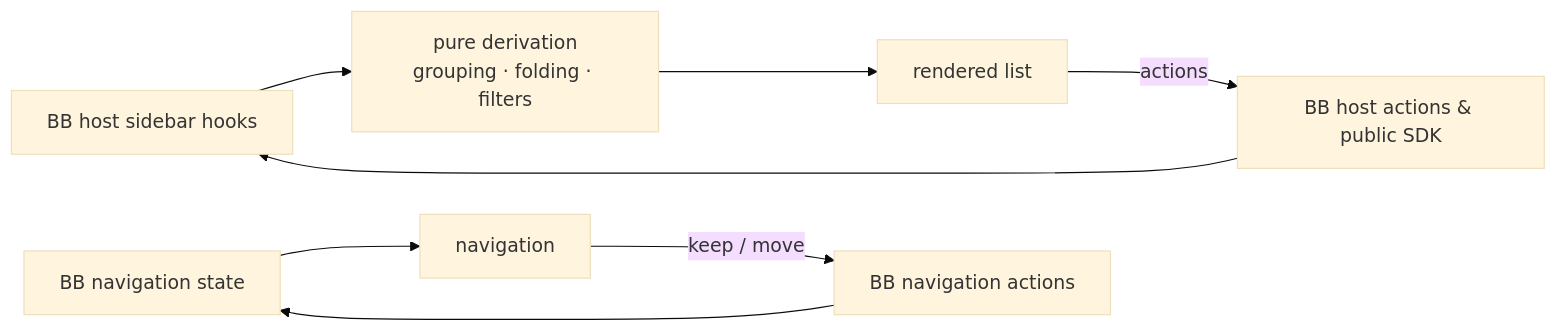
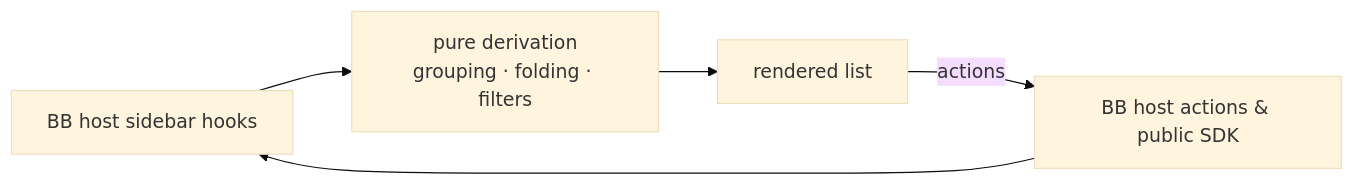
One commit to salemsayed/bb-plugin-radar-sidebar changed the diagram in README.md. Above: the diagram before and after it, drawn with Mermaid (base theme). The commit also changed other lines of this file and 61 other files, not shown here.

````diff
--- a/README.md
+++ b/README.md
@@ -321,10 +202,7 @@
 ```mermaid
 flowchart LR
   H[BB host sidebar hooks] --> D[pure derivation<br/>grouping · folding · filters]
   D --> R[rendered list]
   R -->|actions| A[BB host actions &amp; public SDK]
   A --> H
-  N[BB navigation state] --> NAV[navigation]
-  NAV -->|keep / move| NA[BB navigation actions]
-  NA --> N
 ```
````
